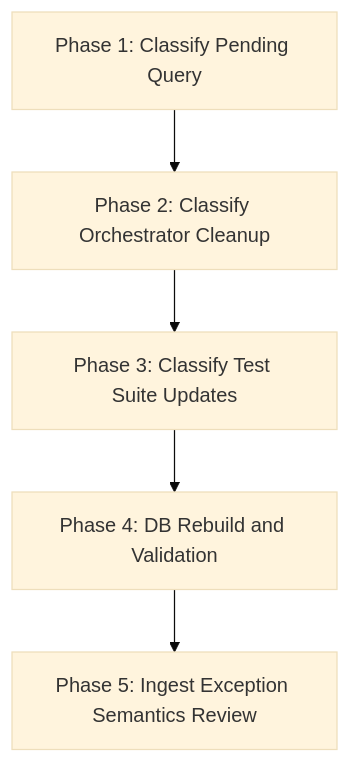
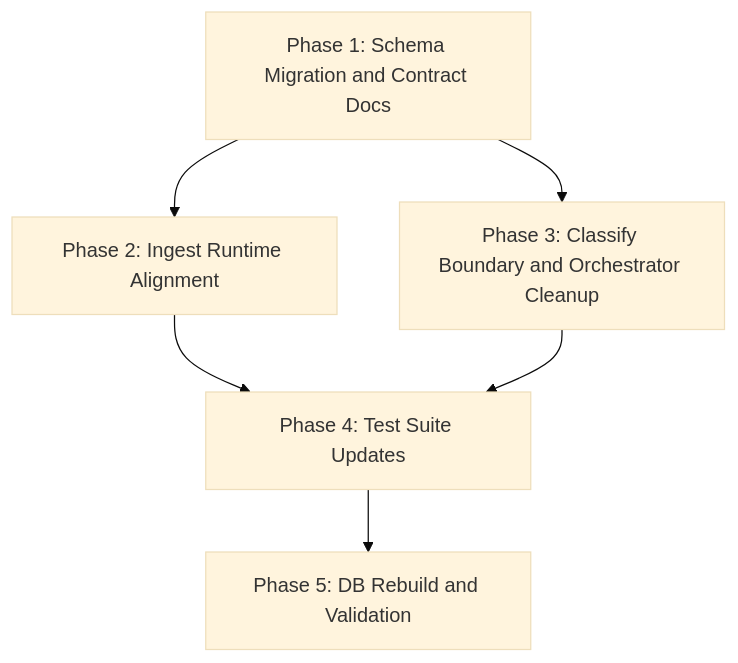
Before and after one commit to unendless314/exopolitics: the diagram in docs/REFACTORING_PLAN.md, drawn with Mermaid (base theme). The commit also changed other lines of this file and 16 other files, not shown here.

````diff
--- a/docs/REFACTORING_PLAN.md
+++ b/docs/REFACTORING_PLAN.md
@@ -18,7 +19,8 @@
 ```mermaid
 graph TD
-    P1[Phase 1: Classify Pending Query] --> P2[Phase 2: Classify Orchestrator Cleanup]
-    P2 --> P3[Phase 3: Classify Test Suite Updates]
-    P3 --> P4[Phase 4: DB Rebuild and Validation]
-    P4 --> P5[Phase 5: Ingest Exception Semantics Review]
+    P1[Phase 1: Schema Migration and Contract Docs] --> P2[Phase 2: Ingest Runtime Alignment]
+    P1 --> P3[Phase 3: Classify Boundary and Orchestrator Cleanup]
+    P2 --> P4[Phase 4: Test Suite Updates]
+    P3 --> P4
+    P4 --> P5[Phase 5: DB Rebuild and Validation]
 ```
````
